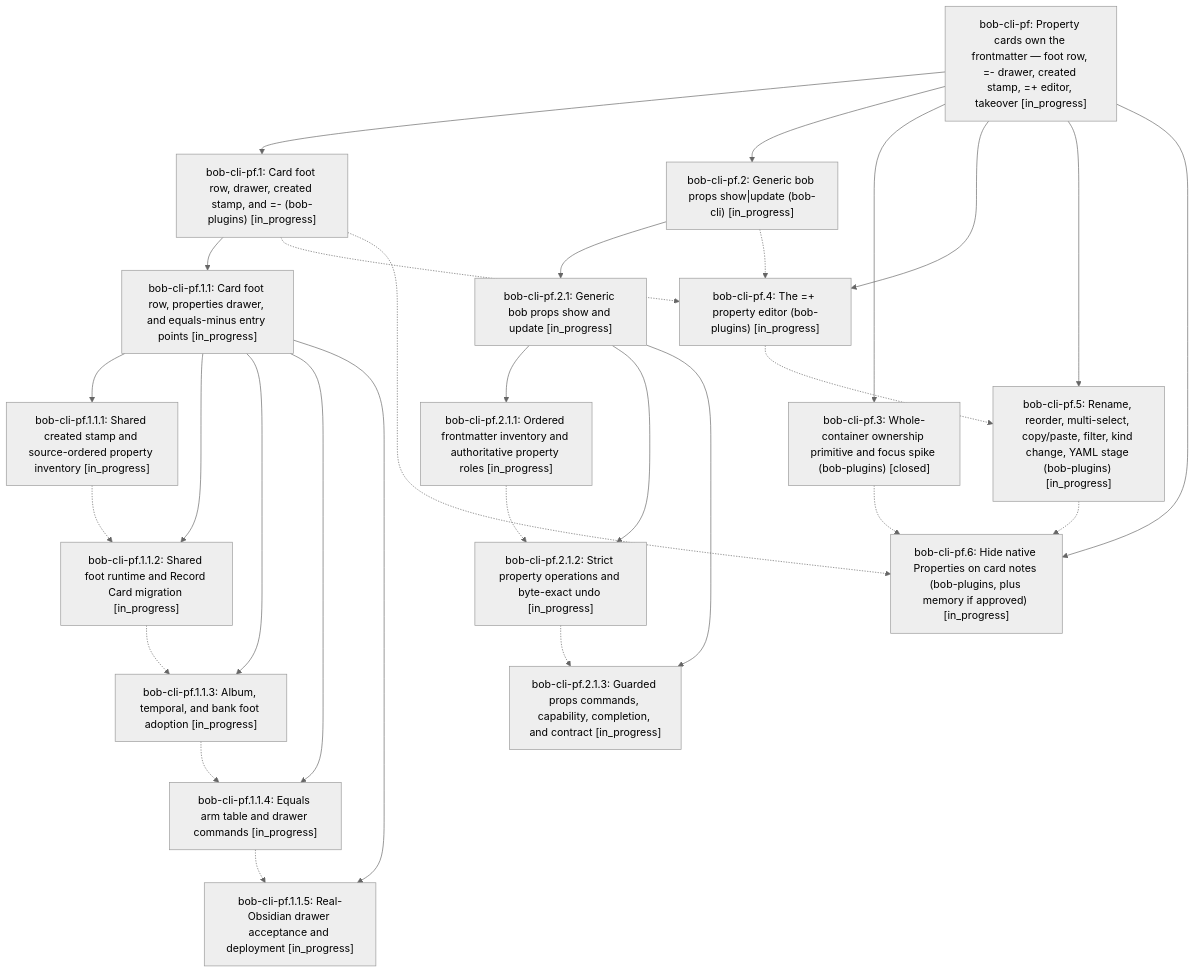
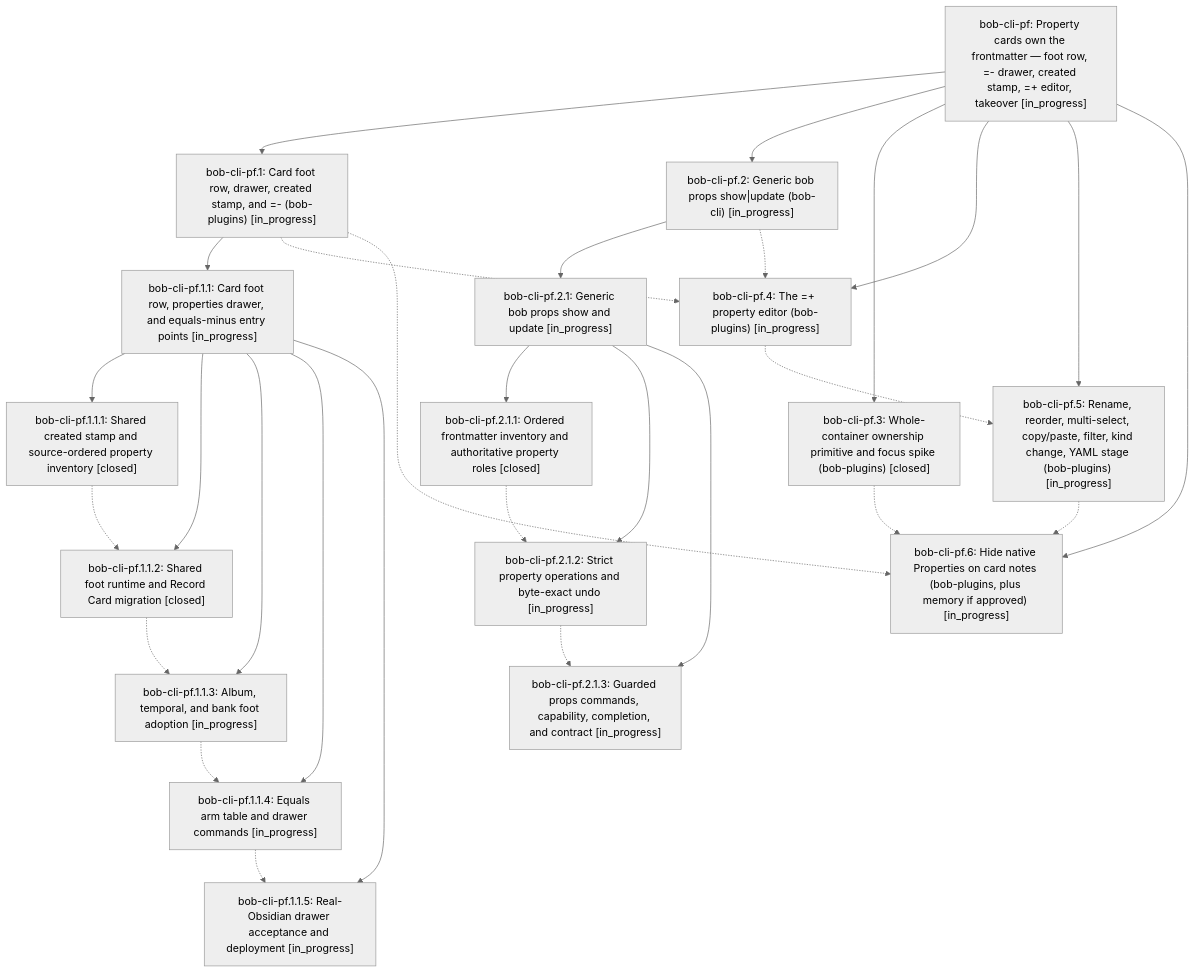
The diagram in pages/bob-cli-pf/README.md (bobs-org/bob-cli--beads), drawn with Mermaid (neutral theme) before and after one commit. The commit also changed other lines of this file and 7 other files, not shown here.

First line of the commit message:
chore(beads): sync bead state and pages for bob-cli-pf

````diff
--- a/pages/bob-cli-pf/README.md
+++ b/pages/bob-cli-pf/README.md
@@ -27,48 +39,48 @@
 ```mermaid
 flowchart TD
     n0["bob-cli-pf: Property cards own the frontmatter — foot row, =- drawer, created stamp, =+ editor, takeover [in_progress]"]
     n1["bob-cli-pf.1: Card foot row, drawer, created stamp, and =- (bob-plugins) [in_progress]"]
     n2["bob-cli-pf.1.1: Card foot row, properties drawer, and equals-minus entry points [in_progress]"]
-    n3["bob-cli-pf.1.1.1: Shared created stamp and source-ordered property inventory [in_progress]"]
-    n4["bob-cli-pf.1.1.2: Shared foot runtime and Record Card migration [in_progress]"]
+    n3["bob-cli-pf.1.1.1: Shared created stamp and source-ordered property inventory [closed]"]
+    n4["bob-cli-pf.1.1.2: Shared foot runtime and Record Card migration [closed]"]
     n5["bob-cli-pf.1.1.3: Album, temporal, and bank foot adoption [in_progress]"]
     n6["bob-cli-pf.1.1.4: Equals arm table and drawer commands [in_progress]"]
     n7["bob-cli-pf.1.1.5: Real-Obsidian drawer acceptance and deployment [in_progress]"]
     n8["bob-cli-pf.2: Generic bob props show|update (bob-cli) [in_progress]"]
     n9["bob-cli-pf.2.1: Generic bob props show and update [in_progress]"]
-    n10["bob-cli-pf.2.1.1: Ordered frontmatter inventory and authoritative property roles [in_progress]"]
+    n10["bob-cli-pf.2.1.1: Ordered frontmatter inventory and authoritative property roles [closed]"]
     n11["bob-cli-pf.2.1.2: Strict property operations and byte-exact undo [in_progress]"]
     n12["bob-cli-pf.2.1.3: Guarded props commands, capability, completion, and contract [in_progress]"]
     n13["bob-cli-pf.3: Whole-container ownership primitive and focus spike (bob-plugins) [closed]"]
     n14["bob-cli-pf.4: The =+ property editor (bob-plugins) [in_progress]"]
     n15["bob-cli-pf.5: Rename, reorder, multi-select, copy/paste, filter, kind change, YAML stage (bob-plugins) [in_progress]"]
     n16["bob-cli-pf.6: Hide native Properties on card notes (bob-plugins, plus memory if approved) [in_progress]"]
     n0 --> n1
     n1 --> n2
     n2 --> n3
     n2 --> n4
     n2 --> n5
     n2 --> n6
     n2 --> n7
     n0 --> n8
     n8 --> n9
     n9 --> n10
     n9 --> n11
     n9 --> n12
     n0 --> n13
     n0 --> n14
     n0 --> n15
     n0 --> n16
     n1 -.-> n14
     n1 -.-> n16
     n3 -.-> n4
     n4 -.-> n5
     n5 -.-> n6
     n6 -.-> n7
     n8 -.-> n14
     n10 -.-> n11
     n11 -.-> n12
     n13 -.-> n16
     n14 -.-> n15
     n15 -.-> n16
 ```
````
